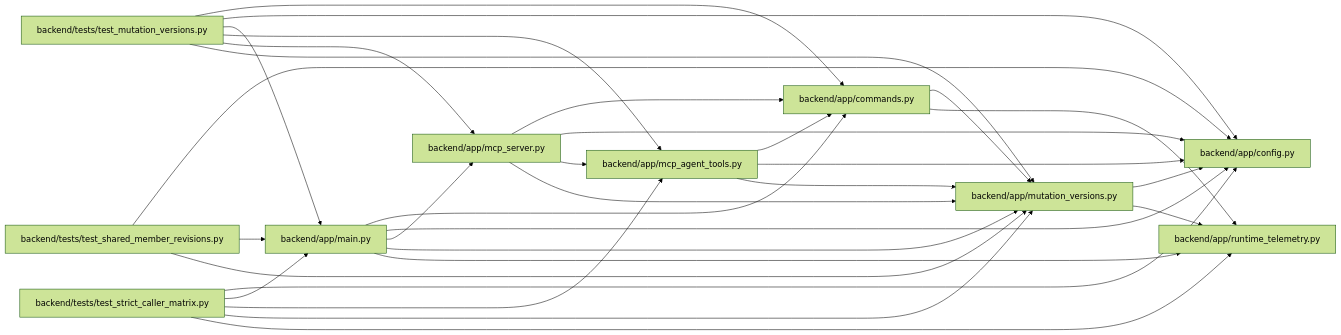
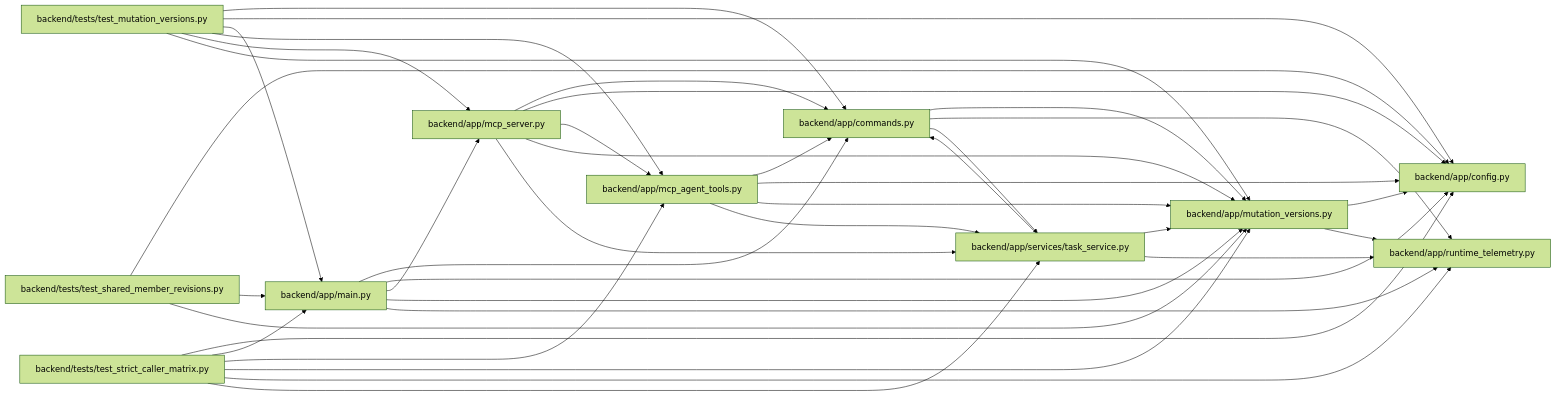
Before and after one commit to Denissvgn/WorkChord: the diagram in docs/llm_wiki/modules/mutation_versions.md, drawn with Mermaid (forest theme). The commit also changed other lines of this file and 25171 other files, not shown here.

````diff
--- a/docs/llm_wiki/modules/mutation_versions.md
+++ b/docs/llm_wiki/modules/mutation_versions.md
@@ -21,53 +21,62 @@
 ```mermaid
 flowchart LR
     n0["backend/app/commands.py"]
     n1["backend/app/config.py"]
     n2["backend/app/main.py"]
     n3["backend/app/mcp_agent_tools.py"]
     n4["backend/app/mcp_server.py"]
     n5["backend/app/mutation_versions.py"]
     n6["backend/app/runtime_telemetry.py"]
-    n7["backend/tests/test_mutation_versions.py"]
-    n8["backend/tests/test_shared_member_revisions.py"]
-    n9["backend/tests/test_strict_caller_matrix.py"]
+    n7["backend/app/services/task_service.py"]
+    n8["backend/tests/test_mutation_versions.py"]
+    n9["backend/tests/test_shared_member_revisions.py"]
+    n10["backend/tests/test_strict_caller_matrix.py"]
     n0 --> n5
     n0 --> n6
+    n0 --> n7
     n2 --> n0
     n2 --> n1
     n2 --> n4
     n2 --> n5
     n2 --> n6
     n3 --> n0
     n3 --> n1
     n3 --> n5
+    n3 --> n7
     n4 --> n0
     n4 --> n1
     n4 --> n3
     n4 --> n5
+    n4 --> n7
     n5 --> n1
     n5 --> n6
     n7 --> n0
-    n7 --> n1
-    n7 --> n2
-    n7 --> n3
-    n7 --> n4
     n7 --> n5
+    n7 --> n6
+    n8 --> n0
     n8 --> n1
     n8 --> n2
+    n8 --> n3
+    n8 --> n4
     n8 --> n5
     n9 --> n1
     n9 --> n2
-    n9 --> n3
     n9 --> n5
-    n9 --> n6
+    n10 --> n1
+    n10 --> n2
+    n10 --> n3
+    n10 --> n5
+    n10 --> n6
+    n10 --> n7
     click n0 "../modules/commands.md"
     click n1 "../modules/config.md"
     click n2 "../modules/app_main.md"
     click n3 "../modules/mcp_agent_tools.md"
     click n4 "../modules/mcp_server.md"
     click n5 "../modules/mutation_versions.md"
     click n6 "../modules/runtime_telemetry.md"
-    click n7 "../modules/test_mutation_versions.md"
-    click n8 "../modules/test_shared_member_revisions.md"
-    click n9 "../modules/test_strict_caller_matrix.md"
+    click n7 "../modules/task_service.md"
+    click n8 "../modules/test_mutation_versions.md"
+    click n9 "../modules/test_shared_member_revisions.md"
+    click n10 "../modules/test_strict_caller_matrix.md"
 ```
````
